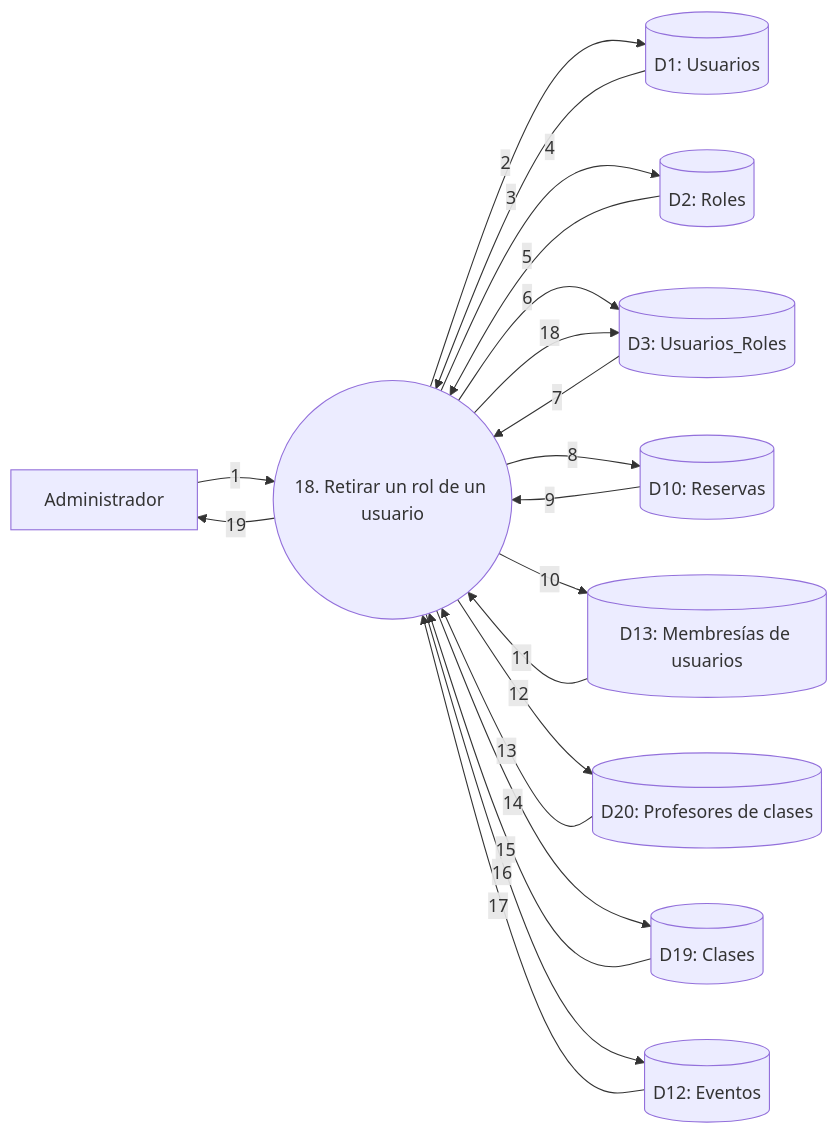
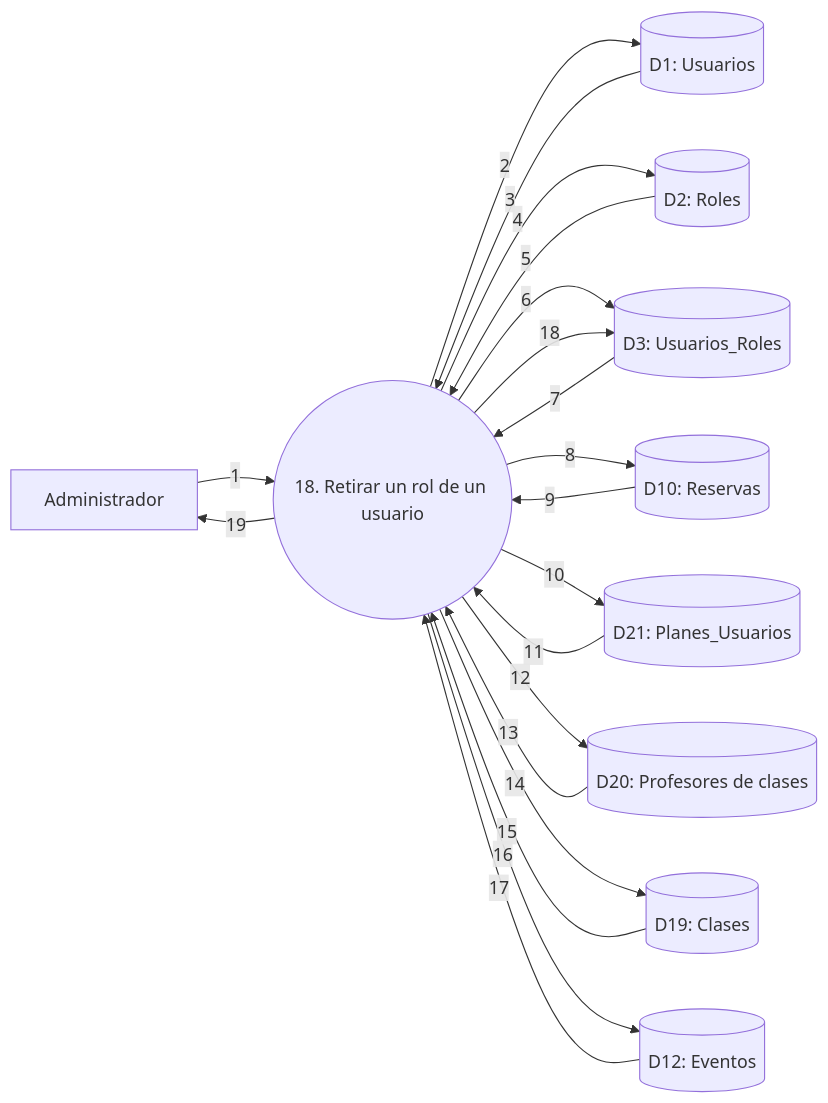
One commit to fasempertegui/Matchpoint-Taller changed diagram 18 of 33 in docs/DFD.md. Above: the diagram before and after it, drawn with Mermaid. The commit also changed other lines of this file and 3 other files, not shown here.

````diff
--- a/docs/DFD.md
+++ b/docs/DFD.md
@@ -544,33 +544,33 @@
 ```mermaid
 flowchart LR
     A[Administrador]
     P((18. Retirar un rol de un usuario))
     D1[(D1: Usuarios)]
     D2[(D2: Roles)]
     D3[(D3: Usuarios_Roles)]
     D10[(D10: Reservas)]
     D12[(D12: Eventos)]
-    D13[(D13: Membresías de usuarios)]
     D19[(D19: Clases)]
     D20[(D20: Profesores de clases)]
+    D21[(D21: Planes_Usuarios)]
 
     A -->|1| P
     P -->|2| D1
     D1 -->|3| P
     P -->|4| D2
     D2 -->|5| P
     P -->|6| D3
     D3 -->|7| P
     P -->|8| D10
     D10 -->|9| P
-    P -->|10| D13
-    D13 -->|11| P
+    P -->|10| D21
+    D21 -->|11| P
     P -->|12| D20
     D20 -->|13| P
     P -->|14| D19
     D19 -->|15| P
     P -->|16| D12
     D12 -->|17| P
     P -->|18| D3
     P -->|19| A
 ```
````
